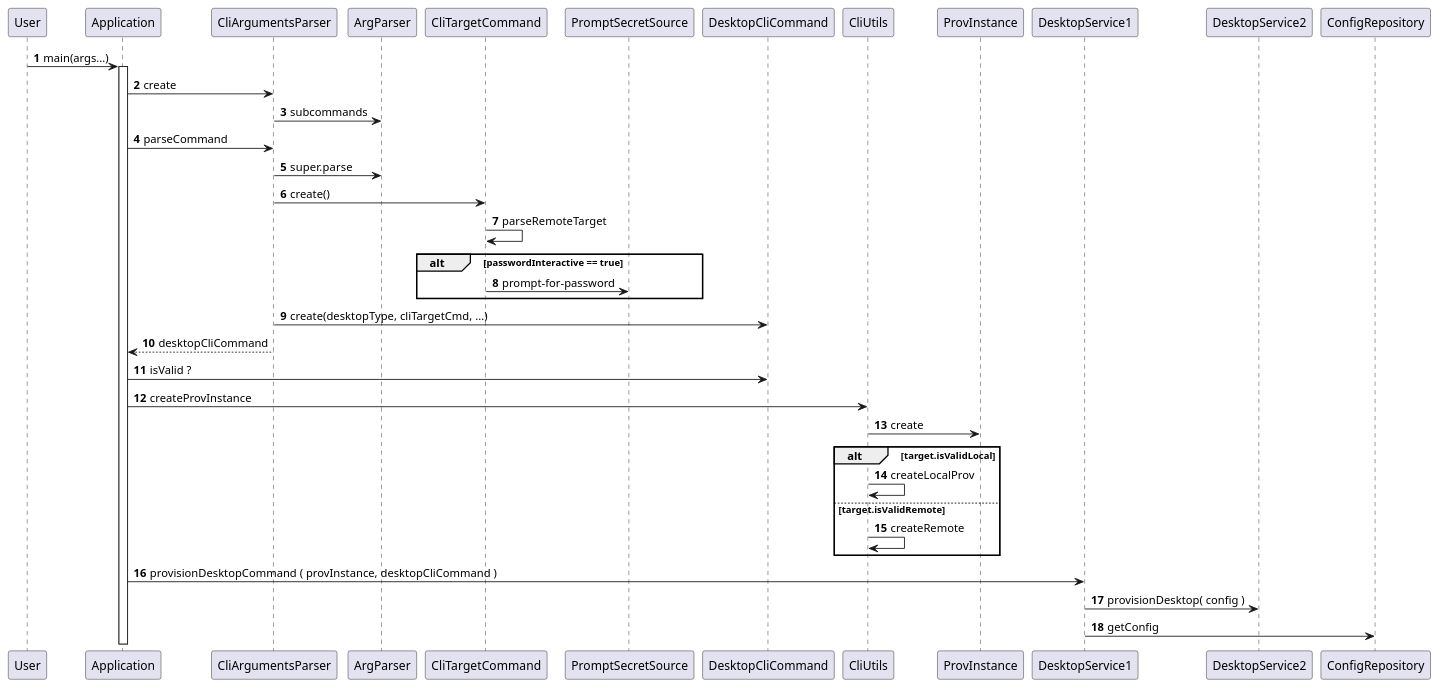
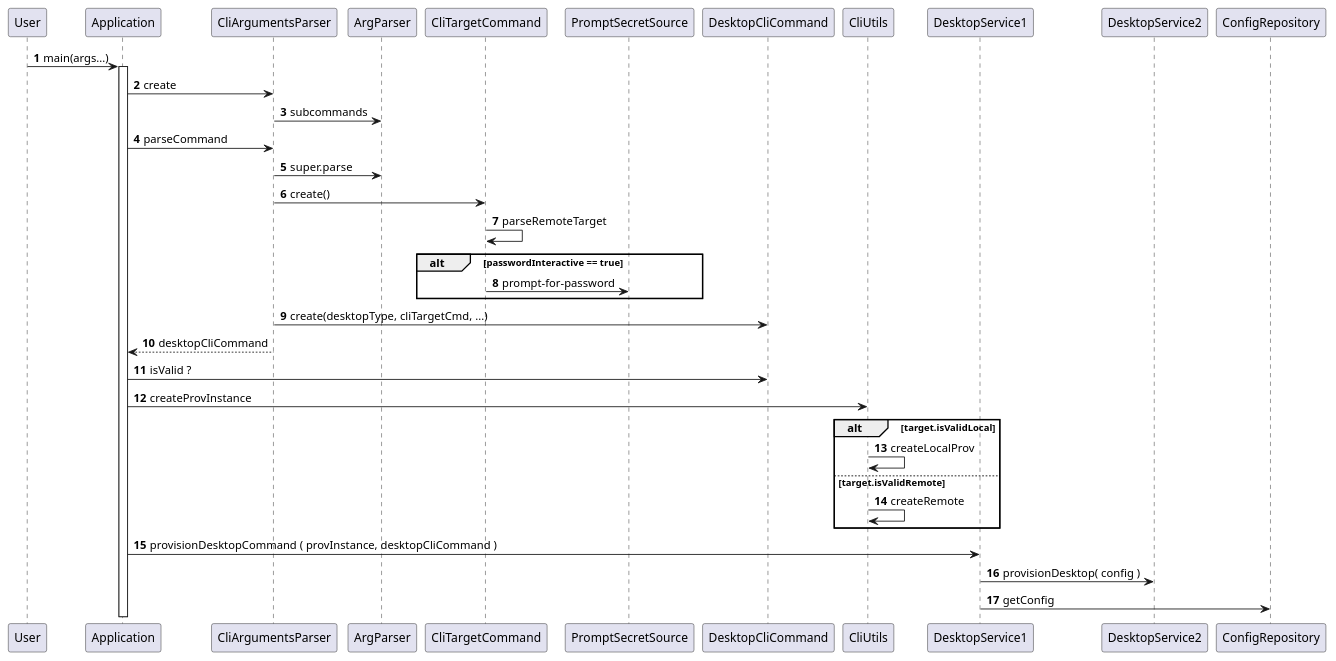
The diagram in doc/DesktopCliParsingSequence.md (DomainDrivenArchitecture/provs), drawn with PlantUML before and after one commit.

Commit message:
[skip ci] correct DesktopCliParsingSequence.md

````diff
--- a/doc/DesktopCliParsingSequence.md
+++ b/doc/DesktopCliParsingSequence.md
@@ -1,39 +1,38 @@
 ```plantuml
 @startuml
 
 autonumber
 
 skinparam sequenceBox {
      borderColor White
 }
 
 participant User
 
 User -> Application ++ : main(args...)
 Application -> CliArgumentsParser : create
 CliArgumentsParser -> ArgParser : subcommands
 Application -> CliArgumentsParser : parseCommand
 CliArgumentsParser -> ArgParser : super.parse
 
 CliArgumentsParser -> CliTargetCommand : create()
 CliTargetCommand -> CliTargetCommand : parseRemoteTarget
 alt passwordInteractive == true
 CliTargetCommand -> PromptSecretSource :  prompt-for-password
 end 
 CliArgumentsParser -> DesktopCliCommand : create(desktopType, cliTargetCmd, ...)
 CliArgumentsParser --> Application: desktopCliCommand
 Application -> DesktopCliCommand : isValid ?
 Application -> CliUtils : createProvInstance
-ProvInstance <- CliUtils : create
 alt target.isValidLocal
 CliUtils -> CliUtils : createLocalProv
 else target.isValidRemote
 CliUtils -> CliUtils : createRemote
 end
 Application -> DesktopService1 : provisionDesktopCommand ( provInstance, desktopCliCommand )
 DesktopService1 -> DesktopService2 : provisionDesktop( config )
 DesktopService1 -> ConfigRepository : getConfig
 
 @enduml
 
 ```
````
